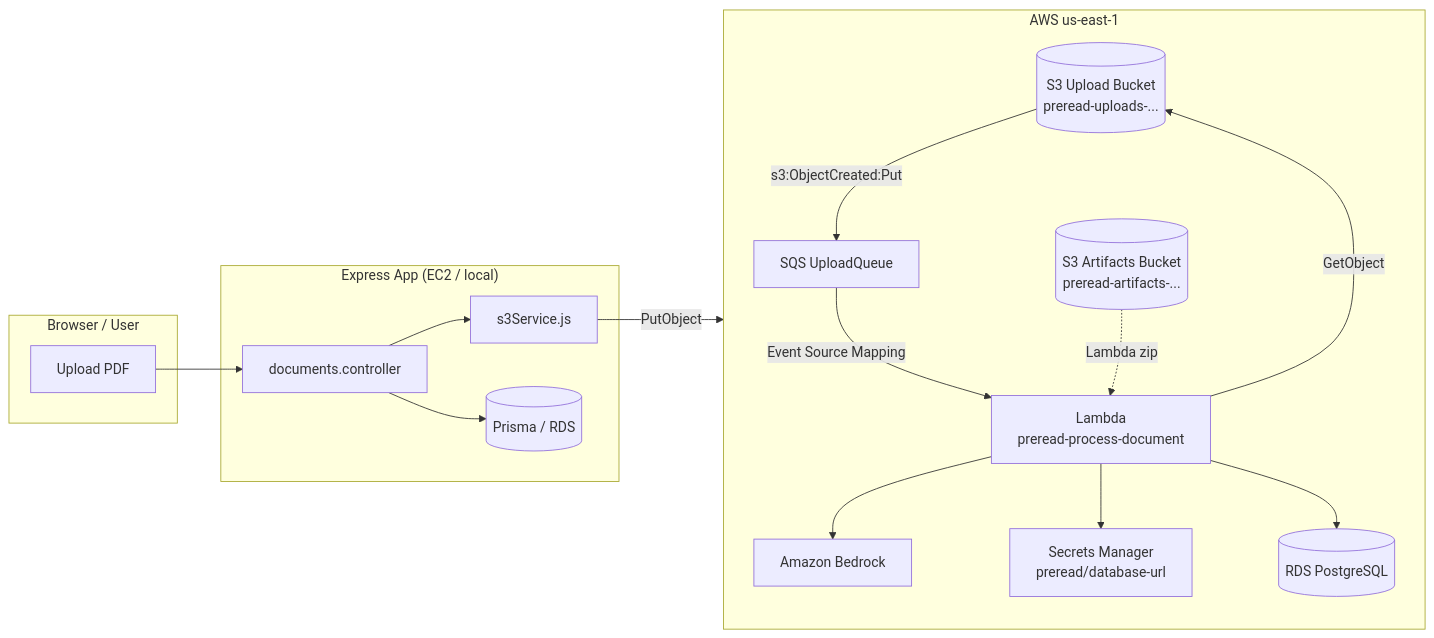
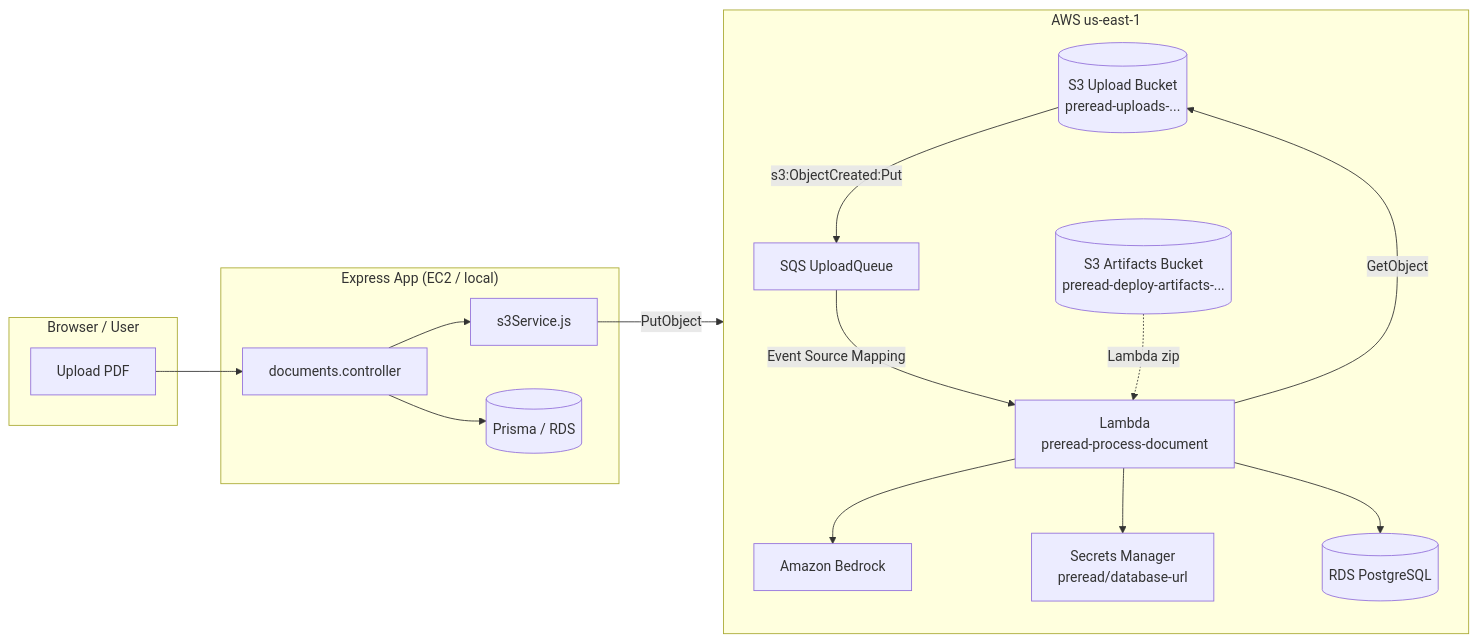
One commit to eilon-sh/PreRead changed the first of 2 diagrams in docs/aws-infrastructure.md. Above: the diagram before and after it, drawn with Mermaid. The commit also changed other lines of this file and 4 other files, not shown here.

````diff
--- a/docs/aws-infrastructure.md
+++ b/docs/aws-infrastructure.md
@@ -44,35 +44,35 @@
 ```mermaid
 flowchart LR
   subgraph Client["Browser / User"]
     U[Upload PDF]
   end
 
   subgraph App["Express App (EC2 / local)"]
     API[documents.controller]
     S3SVC[s3Service.js]
     DB1[(Prisma / RDS)]
   end
 
   subgraph AWS["AWS us-east-1"]
   direction TB
     BUCKET[(S3 Upload Bucket<br/>preread-uploads-...)]
     QUEUE[SQS UploadQueue]
     LAMBDA[Lambda<br/>preread-process-document]
     BEDROCK[Amazon Bedrock]
     SECRET[Secrets Manager<br/>preread/database-url]
-    ARTIFACTS[(S3 Artifacts Bucket<br/>preread-artifacts-...)]
+    ARTIFACTS[(S3 Artifacts Bucket<br/>preread-deploy-artifacts-...)]
     RDS[(RDS PostgreSQL)]
   end
 
   U --> API
   API --> DB1
   API --> S3SVC
   S3SVC -->|PutObject| BUCKET
   BUCKET -->|s3:ObjectCreated:Put| QUEUE
   QUEUE -->|Event Source Mapping| LAMBDA
   LAMBDA -->|GetObject| BUCKET
   LAMBDA --> BEDROCK
   LAMBDA --> SECRET
   LAMBDA --> RDS
   ARTIFACTS -.->|Lambda zip| LAMBDA
 ```
````
